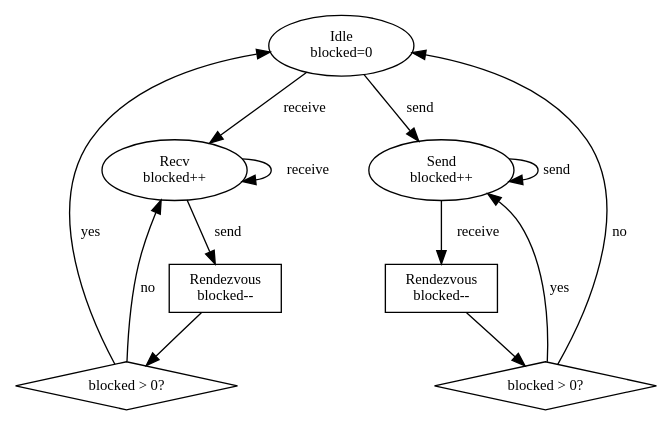
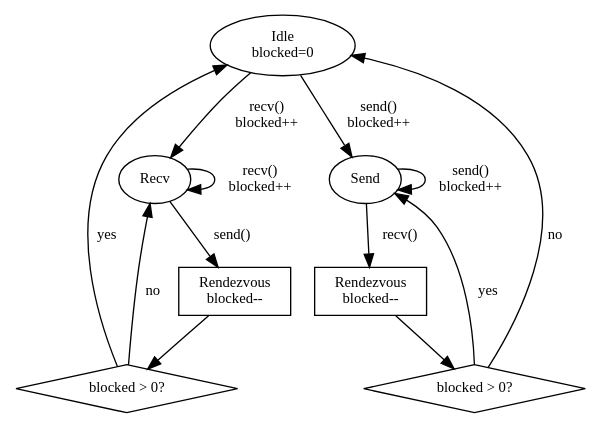
The diagram in imgs/endpoint.gv (pingerino/phd), drawn with Graphviz before and after one commit. The commit also changed 3 other files, not shown here.

```diff
--- a/imgs/endpoint.gv
+++ b/imgs/endpoint.gv
@@ -1,29 +1,29 @@
 digraph {
     ratio = "compress"
     node [fontsize=11,style=solid,fontname="inconsolata"]
     edge [fontsize=11,fontname="inconsolata"]
     //actual nodes
     Idle [shape=ellipse,label="Idle\nblocked=0"]
-    Recv [shape=ellipse,label="Recv\nblocked++"]
-    Send [shape=ellipse,label="Send\nblocked++"]
+    Recv [shape=ellipse,label="Recv"]
+    Send [shape=ellipse,label="Send"]
     IPC1 [shape=box label="Rendezvous\nblocked--"]
     IPC2 [shape=box label="Rendezvous\nblocked--"]
 
     TCB1 [shape=diamond label="blocked > 0?"]
     TCB2 [shape=diamond label="blocked > 0?"]
     
-    Idle -> Recv[label=" receive"]
-    Idle -> Send[label=" send"]
+    Idle -> Recv[label=" recv()\n blocked++"]
+    Idle -> Send[label=" send()\n blocked++"]
 
-    Recv -> Recv[label=" receive"]
-    Recv -> IPC1[label=" send"]
+    Recv -> Recv[label=" recv()\n blocked++"]
+    Recv -> IPC1[label=" send()"]
     IPC1 -> TCB1
-    TCB1 -> Recv[label="no"]
+    TCB1 -> Recv[label=" no"]
     TCB1 -> Idle[label=" yes"]
 
-    Send -> Send[label="send"]
-    Send -> IPC2[label=" receive"]
+    Send -> Send[label=" send()\n blocked++"]
+    Send -> IPC2[label=" recv()"]
     IPC2 -> TCB2
-    TCB2 -> Send[label="yes"]
+    TCB2 -> Send[label=" yes"]
     TCB2 -> Idle[label=" no"]
 }
```
